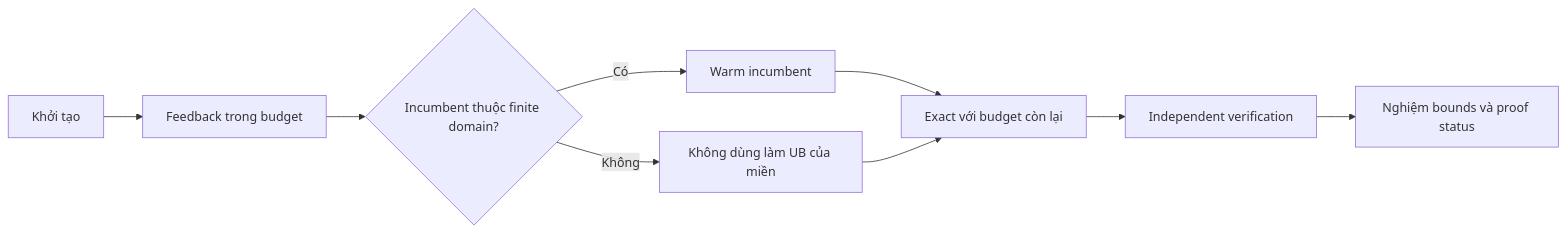
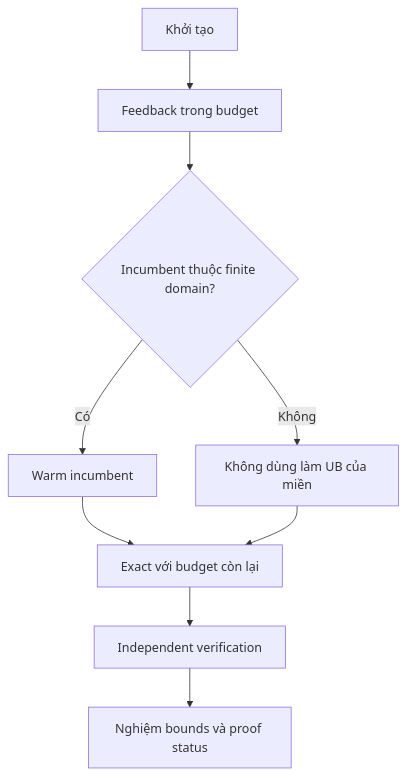
Diagram 12 of 17 in README.md (THANHTAI2004/Smart_Retail_Floor_Allocation), drawn with Mermaid before and after one commit. The commit also changed other lines of this file, not shown here.

````diff
--- a/README.md
+++ b/README.md
@@ -741,11 +742,11 @@
 ```mermaid
-flowchart LR
+flowchart TD
   A[Khởi tạo] --> FB[Feedback trong budget]
   FB --> MEMBER{Incumbent thuộc finite domain?}
   MEMBER -->|Có| WARM[Warm incumbent]
   MEMBER -->|Không| EMPTY[Không dùng làm UB của miền]
   WARM --> EX[Exact với budget còn lại]
   EMPTY --> EX
   EX --> V[Independent verification]
   V --> O[Nghiệm bounds và proof status]
 ```
````
